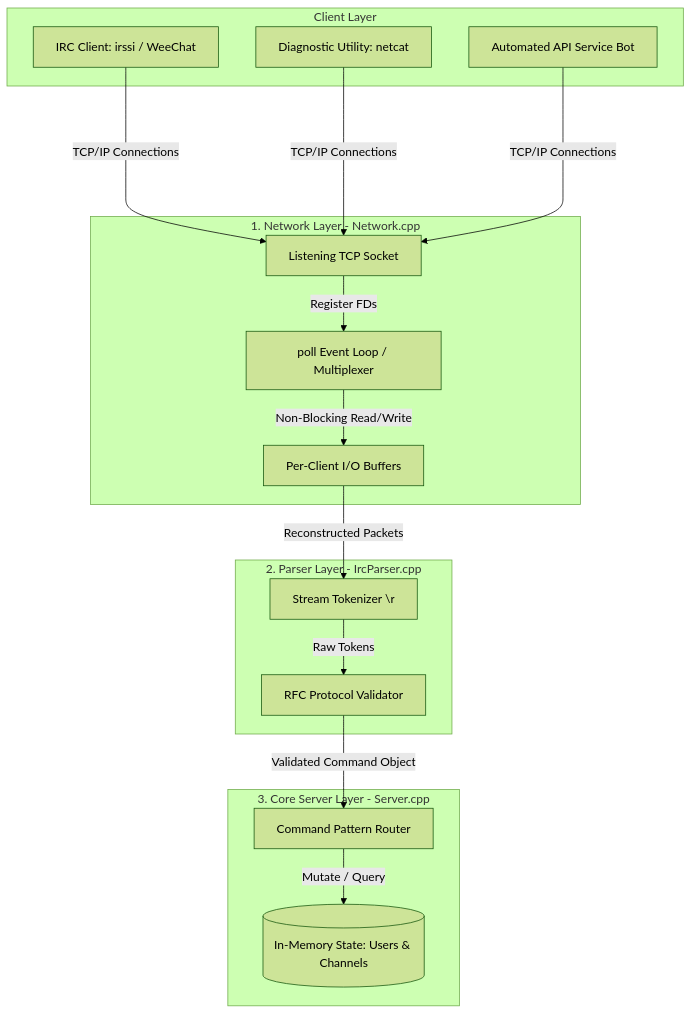
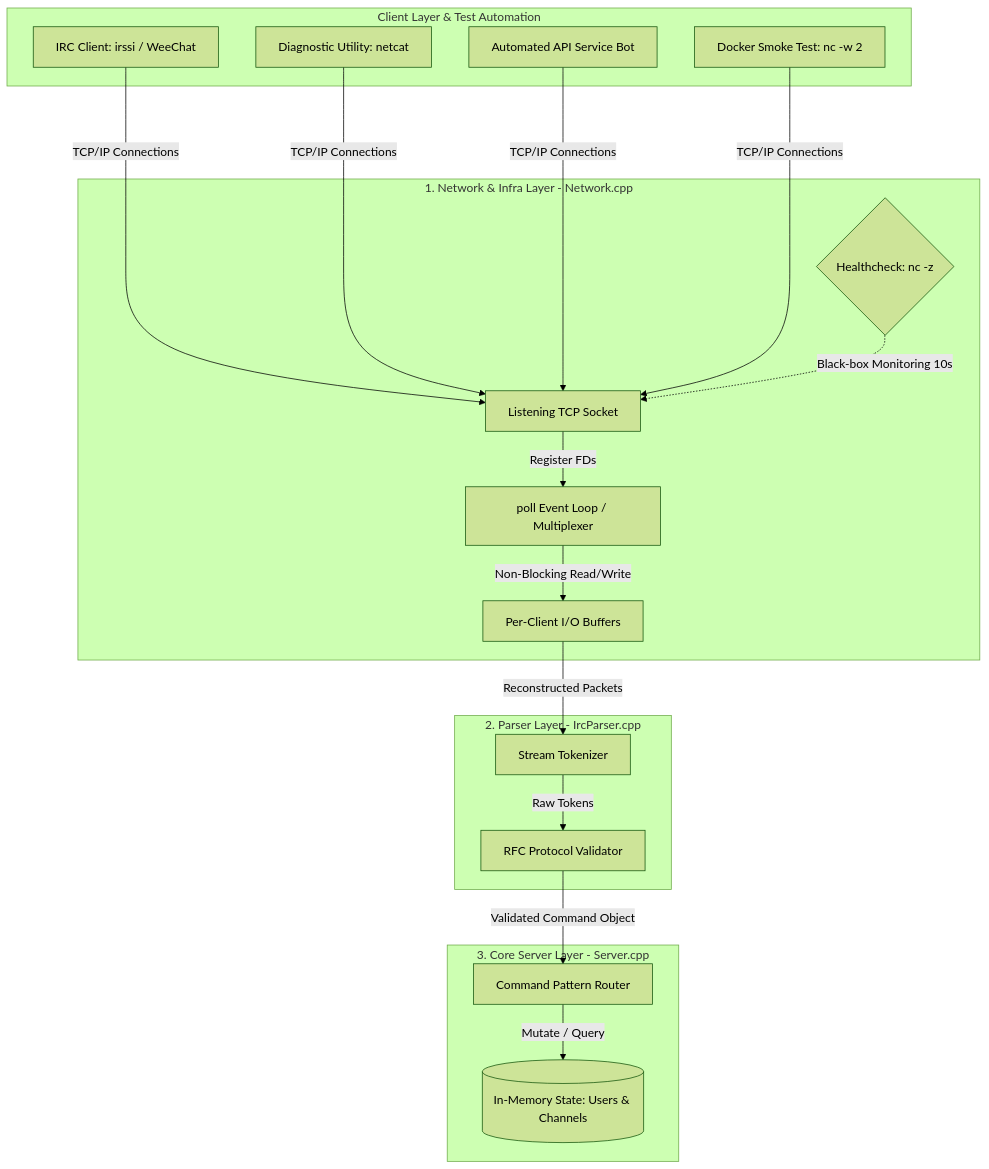
The diagram in README.md (danoguer/ft_irc), drawn with Mermaid (forest theme) before and after one commit. The commit also changed other lines of this file, not shown here.

````diff
--- a/README.md
+++ b/README.md
@@ -13,37 +13,40 @@
 ```mermaid
 graph TD
     %% Clients Layer
-    subgraph Clients [Client Layer]
+    subgraph Clients [Client Layer & Test Automation]
         C1[IRC Client: irssi / WeeChat]
         C2[Diagnostic Utility: netcat]
         Bot[Automated API Service Bot]
+        ST[Docker Smoke Test: nc -w 2]
     end
 
     %% Network Infrastructure
-    subgraph Network [1. Network Layer - Network.cpp]
+    subgraph Network [1. Network & Infra Layer - Network.cpp]
         Socket[Listening TCP Socket]
         Poll[poll Event Loop / Multiplexer]
         Buffers[Per-Client I/O Buffers]
+        HC{Healthcheck: nc -z}
     end
 
     %% Parsing Layer
     subgraph Parser [2. Parser Layer - IrcParser.cpp]
-        Tokenizer[Stream Tokenizer \r\n]
+        Tokenizer[Stream Tokenizer \n]
         Sanitizer[RFC Protocol Validator]
     end
 
     %% Core Logic Layer
     subgraph Core [3. Core Server Layer - Server.cpp]
         Dispatcher[Command Pattern Router]
         State[(In-Memory State: Users & Channels)]
     end
 
     %% Data Flow Connections
-    C1 & C2 & Bot ---->|TCP/IP Connections| Socket
+    C1 & C2 & Bot & ST ---->|TCP/IP Connections| Socket
+    HC -.->|Black-box Monitoring 10s| Socket
     Socket -->|Register FDs| Poll
     Poll -->|Non-Blocking Read/Write| Buffers
     Buffers -->|Reconstructed Packets| Tokenizer
     Tokenizer -->|Raw Tokens| Sanitizer
     Sanitizer -->|Validated Command Object| Dispatcher
     Dispatcher -->|Mutate / Query| State
 ```
````
